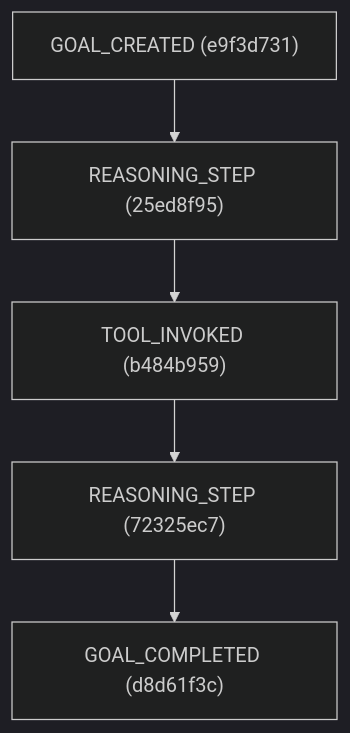
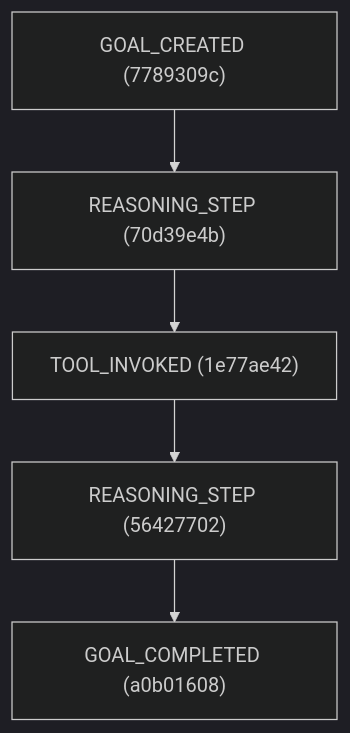
The fourth of 4 diagrams in research_paper_analysis_visualization.md (miltzhaw/langraph_playground), drawn with Mermaid (dark theme) before and after one commit. The commit also changed other lines of this file and 4 other files, not shown here.

````diff
--- a/research_paper_analysis_visualization.md
+++ b/research_paper_analysis_visualization.md
@@ -50,12 +50,12 @@
 ```mermaid
 graph TD
-    e9f3d731["GOAL_CREATED (e9f3d731)"]
-    25ed8f95["REASONING_STEP (25ed8f95)"]
-    b484b959["TOOL_INVOKED (b484b959)"]
-    72325ec7["REASONING_STEP (72325ec7)"]
-    d8d61f3c["GOAL_COMPLETED (d8d61f3c)"]
-    b484b959 --> 72325ec7
-    25ed8f95 --> b484b959
-    e9f3d731 --> 25ed8f95
-    72325ec7 --> d8d61f3c
+    7789309c["GOAL_CREATED (7789309c)"]
+    70d39e4b["REASONING_STEP (70d39e4b)"]
+    1e77ae42["TOOL_INVOKED (1e77ae42)"]
+    56427702["REASONING_STEP (56427702)"]
+    a0b01608["GOAL_COMPLETED (a0b01608)"]
+    7789309c --> 70d39e4b
+    56427702 --> a0b01608
+    1e77ae42 --> 56427702
+    70d39e4b --> 1e77ae42
 ```
````
